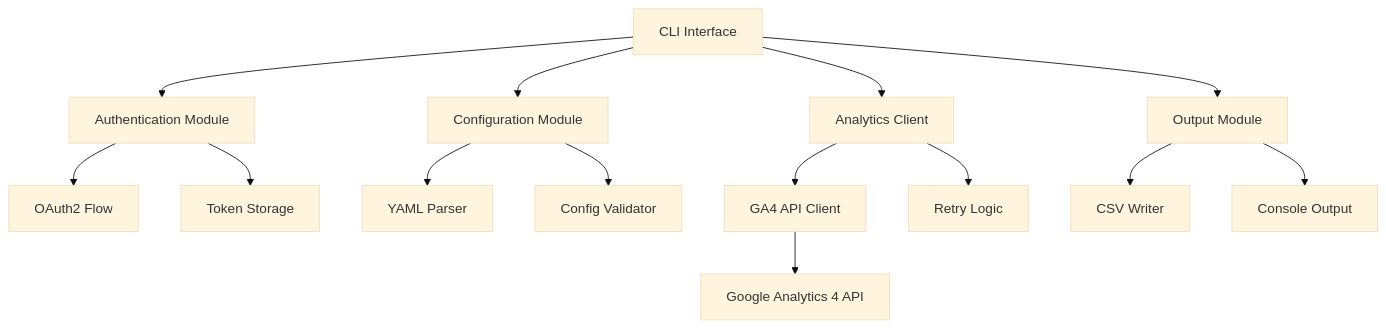
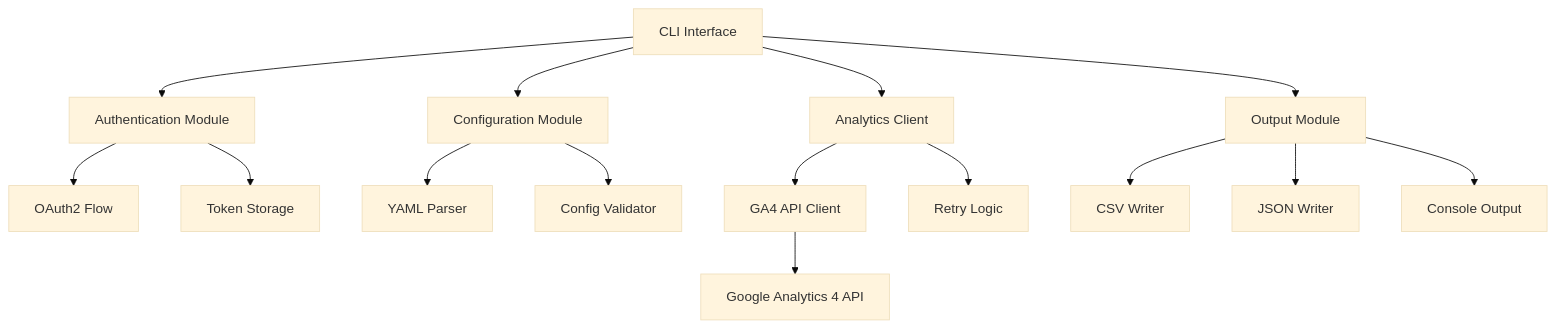
The first of 2 diagrams in .kiro/specs/ga-tool/design.md (ymotongpoo/ga), drawn with Mermaid (base theme) before and after one commit. The commit also changed other lines of this file and 10 other files, not shown here.

````diff
--- a/.kiro/specs/ga-tool/design.md
+++ b/.kiro/specs/ga-tool/design.md
@@ -11,21 +11,22 @@
 ```mermaid
 graph TB
     CLI[CLI Interface] --> Auth[Authentication Module]
     CLI --> Config[Configuration Module]
     CLI --> Analytics[Analytics Client]
     CLI --> Output[Output Module]
 
     Auth --> OAuth[OAuth2 Flow]
     Auth --> Token[Token Storage]
 
     Config --> YAML[YAML Parser]
     Config --> Validator[Config Validator]
 
     Analytics --> GA4[GA4 API Client]
     Analytics --> Retry[Retry Logic]
 
     Output --> CSV[CSV Writer]
+    Output --> JSON[JSON Writer]
     Output --> Console[Console Output]
 
     GA4 --> API[Google Analytics 4 API]
 ```
````
